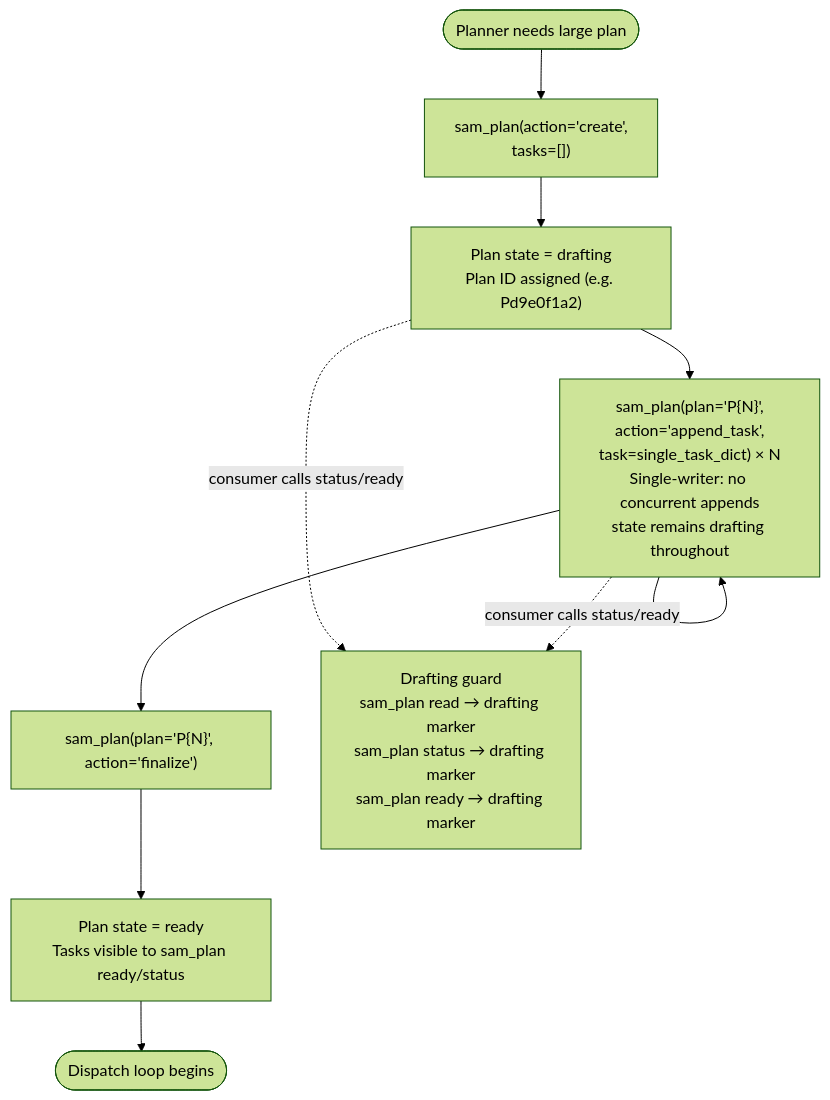
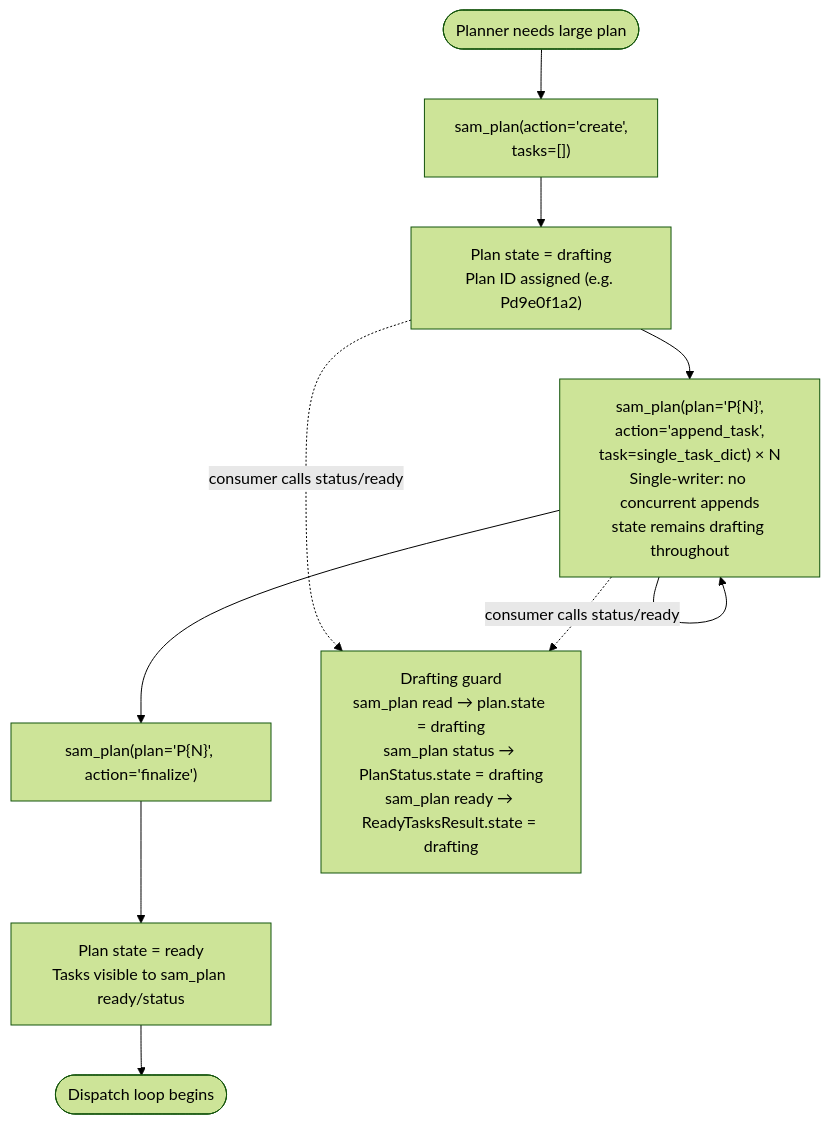
Before and after one commit to Jamie-BitFlight/claude_skills: the third of 5 diagrams in plugins/development-harness/docs/workflow-architecture-diagram.md, drawn with Mermaid (forest theme). The commit also changed 17 other files, not shown here.

````diff
--- a/plugins/development-harness/docs/workflow-architecture-diagram.md
+++ b/plugins/development-harness/docs/workflow-architecture-diagram.md
@@ -331,14 +331,14 @@
 ```mermaid
 flowchart TD
     Start([Planner needs large plan]) --> Create["sam_plan(action='create',<br>tasks=[])"]
     Create --> Drafting["Plan state = drafting<br>Plan ID assigned (e.g. Pd9e0f1a2)"]
     Drafting --> AppendLoop["sam_plan(plan='P{N}',<br>action='append_task',<br>task=single_task_dict) × N<br>Single-writer: no concurrent appends<br>state remains drafting throughout"]
     AppendLoop --> AppendLoop
     AppendLoop --> Finalize["sam_plan(plan='P{N}', action='finalize')"]
     Finalize --> Ready["Plan state = ready<br>Tasks visible to sam_plan ready/status"]
     Ready --> Dispatch([Dispatch loop begins])
 
-    DraftingGuard["Drafting guard<br>sam_plan read → drafting marker<br>sam_plan status → drafting marker<br>sam_plan ready → drafting marker"]
+    DraftingGuard["Drafting guard<br>sam_plan read → plan.state = drafting<br>sam_plan status → PlanStatus.state = drafting<br>sam_plan ready → ReadyTasksResult.state = drafting"]
     Drafting -.->|"consumer calls status/ready"| DraftingGuard
     AppendLoop -.->|"consumer calls status/ready"| DraftingGuard
 ```
````
